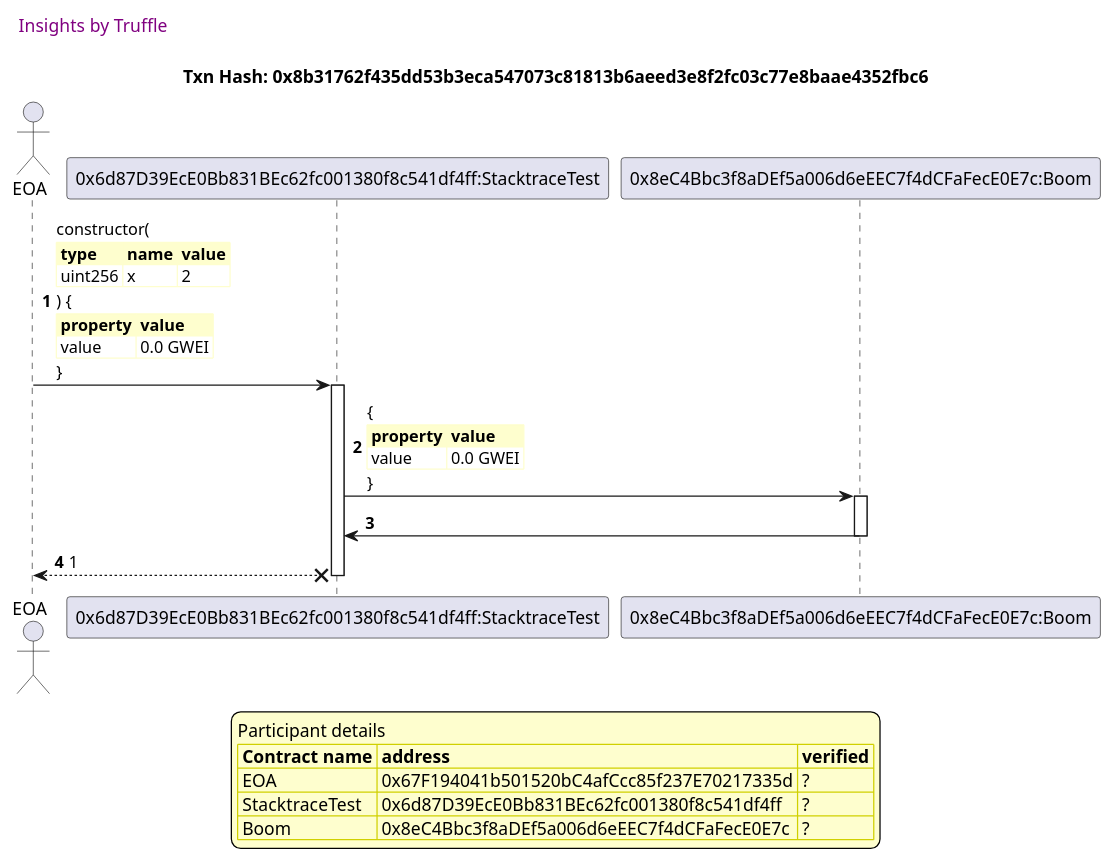
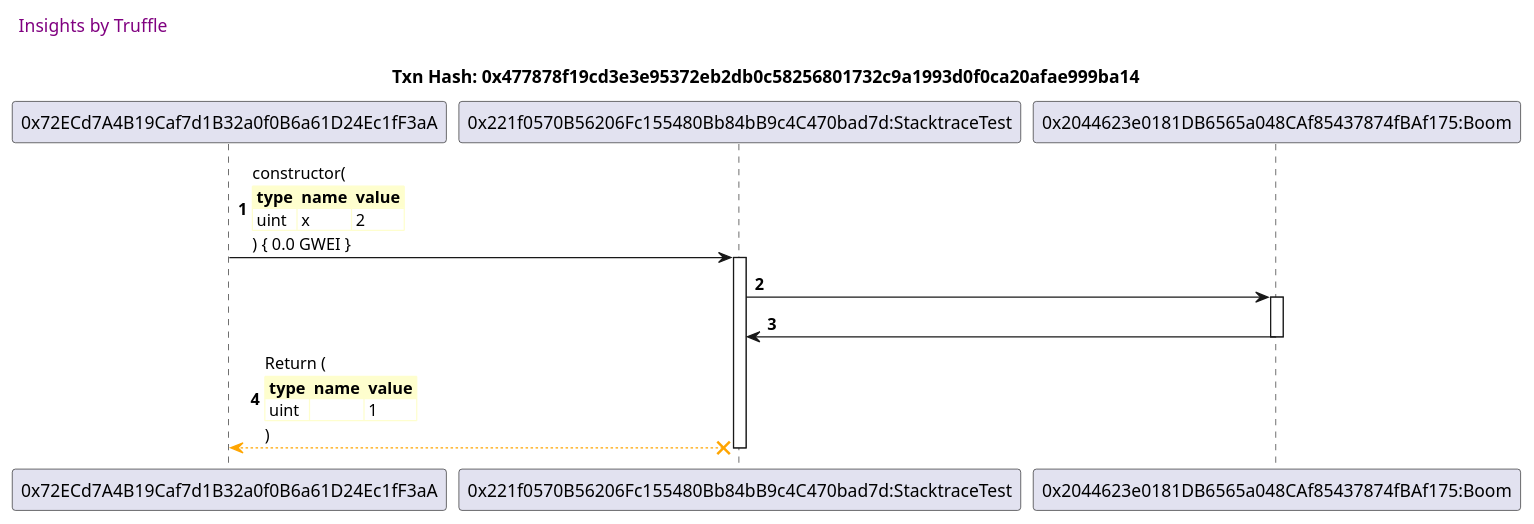
One commit to trufflesuite/txlog-seedlings changed diagram 11 of 14 in truffle-seq/stacktrace.test.md. Above: the diagram before and after it, drawn with PlantUML. The commit also changed other lines of this file and 3 other files, not shown here.

````diff
--- a/truffle-seq/stacktrace.test.md
+++ b/truffle-seq/stacktrace.test.md
@@ -644,59 +522,36 @@
 ```plantuml
 
 
 @startuml
 
 autonumber
 skinparam legendBackgroundColor #FEFECE
 
 <style>
       header {
         HorizontalAlignment left
         FontColor purple
         FontSize 14
         Padding 10
       }
     </style>
 
 header Insights by Truffle
 
-title Txn Hash: 0x8b31762f435dd53b3eca547073c81813b6aeed3e8f2fc03c77e8baae4352fbc6
+title Txn Hash: 0x477878f19cd3e3e95372eb2db0c58256801732c9a1993d0f0ca20afae999ba14
 
 
-actor EOA as "EOA"
-
-participant StacktraceTest as "0x6d87D39EcE0Bb831BEc62fc001380f8c541df4ff:StacktraceTest"
-
-participant Boom as "0x8eC4Bbc3f8aDEf5a006d6eEEC7f4dCFaFecE0E7c:Boom"
-
-"EOA" -> "StacktraceTest" ++: constructor(\n\
+"0x72ECd7A4B19Caf7d1B32a0f0B6a61D24Ec1fF3aA" -> "0x221f0570B56206Fc155480Bb84bB9c4C470bad7d:StacktraceTest" ++: constructor(\n\
 <#FEFECE,#FEFECE>|= type |= name |= value |\n\
-| uint256 | x | 2 |\n\
-) {\n\
-<#FEFECE,#FEFECE>|= property |= value|\n\
-| value | 0.0 GWEI |\n\
-}
-
-"StacktraceTest" -> "Boom" ++: {\n\
-<#FEFECE,#FEFECE>|= property |= value|\n\
-| value | 0.0 GWEI |\n\
-}
-
-"Boom" -> "StacktraceTest" --: 
-
-"StacktraceTest" x--> "EOA" : 1
-
-deactivate "StacktraceTest"
-
-
-legend
-Participant details
-<#FEFECE,#D0D000>|= Contract name |= address |= verified |
-<#FEFECE>| EOA | 0x67F194041b501520bC4afCcc85f237E70217335d | ? |
-<#FEFECE>| StacktraceTest | 0x6d87D39EcE0Bb831BEc62fc001380f8c541df4ff | ? |
-<#FEFECE>| Boom | 0x8eC4Bbc3f8aDEf5a006d6eEEC7f4dCFaFecE0E7c | ? |
-endlegend
-
+| uint | x | 2 |\n\
+) { 0.0 GWEI }
+"0x221f0570B56206Fc155480Bb84bB9c4C470bad7d:StacktraceTest" -> "0x2044623e0181DB6565a048CAf85437874fBAf175:Boom" ++: 
+"0x2044623e0181DB6565a048CAf85437874fBAf175:Boom" -> "0x221f0570B56206Fc155480Bb84bB9c4C470bad7d:StacktraceTest" --: 
+"0x221f0570B56206Fc155480Bb84bB9c4C470bad7d:StacktraceTest" x-[#orange]-> "0x72ECd7A4B19Caf7d1B32a0f0B6a61D24Ec1fF3aA" --: Return (\n\
+<#FEFECE,#FEFECE>|= type |= name |= value |\n\
+| uint |  | 1 |\n\
+)
+deactivate "0x221f0570B56206Fc155480Bb84bB9c4C470bad7d:StacktraceTest"
 
 @enduml
 ```
````
